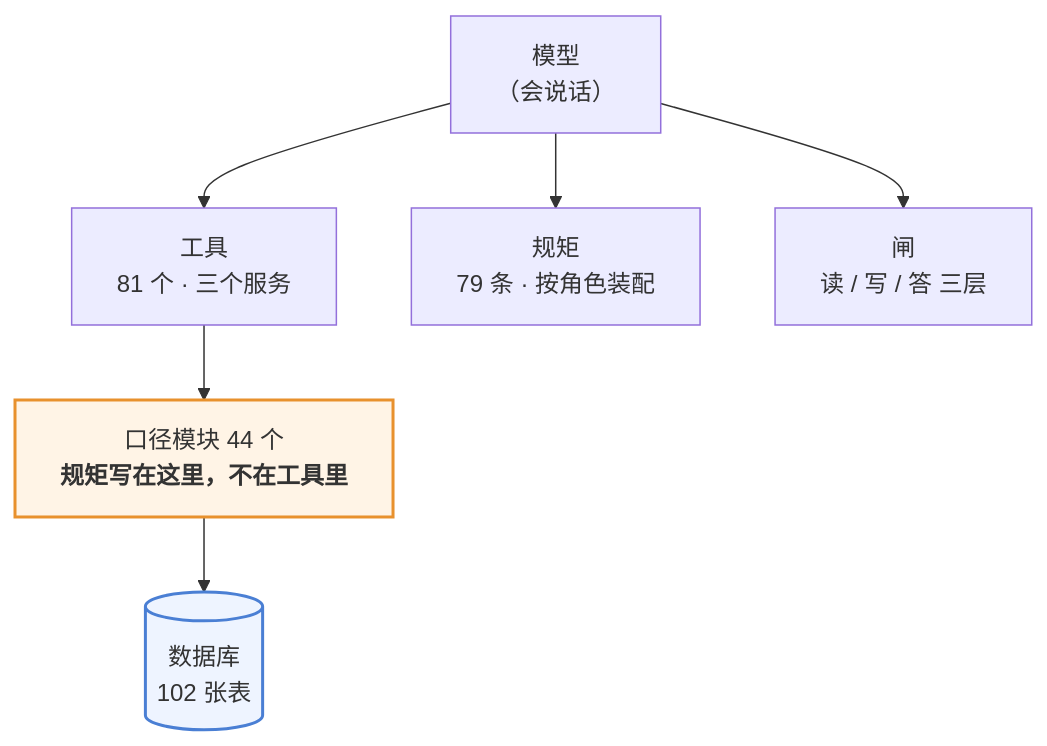
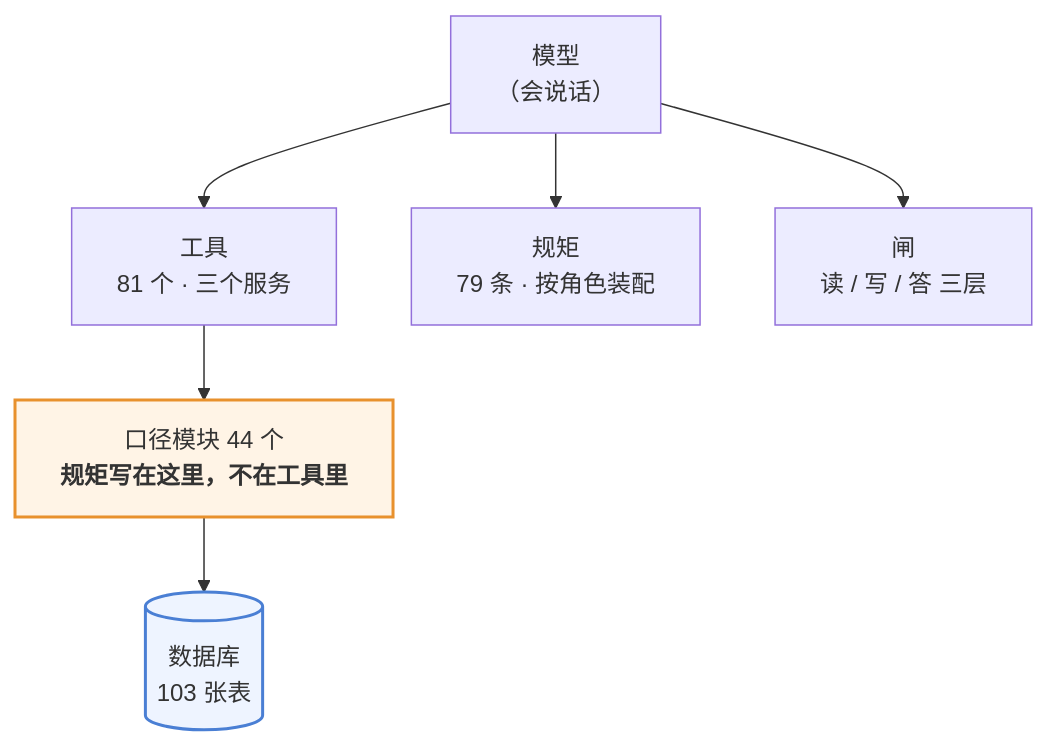
The first of 3 diagrams in 澜绣云裳agent-产品说明.md (843773296-rgb/lanxiu-yunshang-agent), drawn with Mermaid before and after one commit. The commit also changed other lines of this file and 3 other files, not shown here.

````diff
--- a/澜绣云裳agent-产品说明.md
+++ b/澜绣云裳agent-产品说明.md
@@ -62,12 +62,12 @@
 ```mermaid
 flowchart TD
     M["模型<br/>（会说话）"]
     M --> T["工具<br/>81 个 · 三个服务"]
     M --> R["规矩<br/>79 条 · 按角色装配"]
     M --> G["闸<br/>读 / 写 / 答 三层"]
     T --> K["口径模块 44 个<br/><b>规矩写在这里，不在工具里</b>"]
-    K --> DB[("数据库<br/>102 张表")]
+    K --> DB[("数据库<br/>103 张表")]
 
     style K fill:#fff4e6,stroke:#e8912d,stroke-width:2px
     style DB fill:#eef4ff,stroke:#4a7fd4,stroke-width:2px
 ```
````
